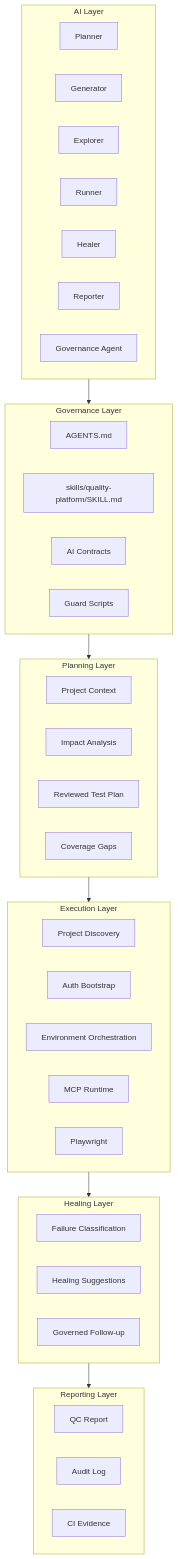
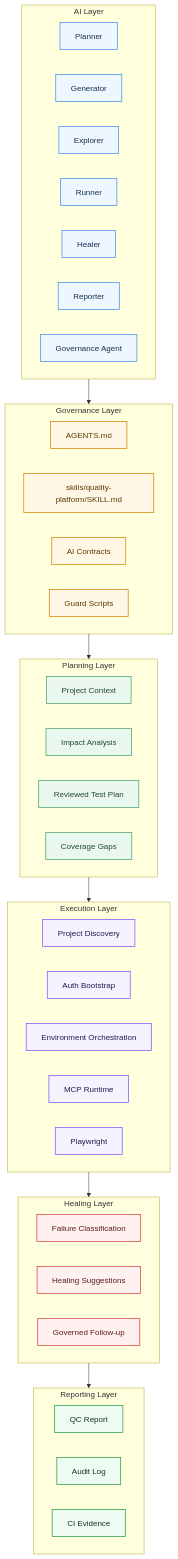
The second of 6 diagrams in docs/qa/architecture.md (Qin-BL/quality-platform), drawn with Mermaid before and after one commit. The commit also changed other lines of this file and 2 other files, not shown here.

Commit message:
Style Mermaid diagrams for readability

```diff
--- a/docs/qa/architecture.md
+++ b/docs/qa/architecture.md
@@ -44,42 +54,54 @@
 ::: mermaid
 graph TD
     subgraph AI["AI Layer"]
         A1["Planner"]
         A2["Generator"]
         A3["Explorer"]
         A4["Runner"]
         A5["Healer"]
         A6["Reporter"]
         A7["Governance Agent"]
     end
     subgraph GOV["Governance Layer"]
         G1["AGENTS.md"]
         G2["skills/quality-platform/SKILL.md"]
         G3["AI Contracts"]
         G4["Guard Scripts"]
     end
     subgraph PLAN["Planning Layer"]
         P1["Project Context"]
         P2["Impact Analysis"]
         P3["Reviewed Test Plan"]
         P4["Coverage Gaps"]
     end
     subgraph EXEC["Execution Layer"]
         E1["Project Discovery"]
         E2["Auth Bootstrap"]
         E3["Environment Orchestration"]
         E4["MCP Runtime"]
         E5["Playwright"]
     end
     subgraph HEAL["Healing Layer"]
         H1["Failure Classification"]
         H2["Healing Suggestions"]
         H3["Governed Follow-up"]
     end
     subgraph OUT["Reporting Layer"]
         R1["QC Report"]
         R2["Audit Log"]
         R3["CI Evidence"]
     end
     AI --> GOV --> PLAN --> EXEC --> HEAL --> OUT
+    classDef ai fill:#eef6ff,stroke:#4a90e2,color:#16324f,stroke-width:1.5px;
+    classDef governance fill:#fff7e6,stroke:#d48806,color:#5b3a00,stroke-width:1.5px;
+    classDef planning fill:#eaf7ee,stroke:#52a36d,color:#1f4b2d,stroke-width:1.5px;
+    classDef execution fill:#f5f3ff,stroke:#7c5cff,color:#221b4b,stroke-width:1.5px;
+    classDef healing fill:#fff1f0,stroke:#d64545,color:#5c1d1d,stroke-width:1.5px;
+    classDef output fill:#eefbf3,stroke:#2f9e44,color:#16351f,stroke-width:1.5px;
+    class A1,A2,A3,A4,A5,A6,A7 ai;
+    class G1,G2,G3,G4 governance;
+    class P1,P2,P3,P4 planning;
+    class E1,E2,E3,E4,E5 execution;
+    class H1,H2,H3 healing;
+    class R1,R2,R3 output;
 :::
```
